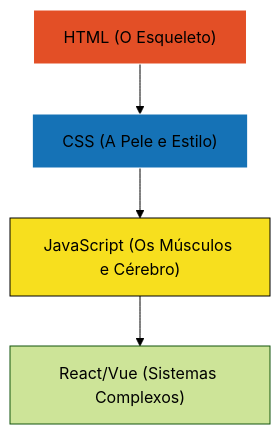
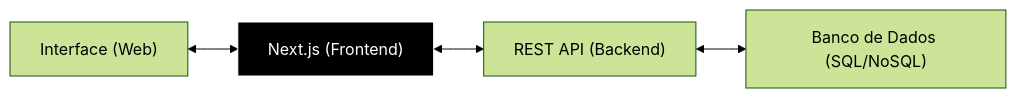
Before and after one commit to Mushyc/WIKI_MATHEUS_TI: the diagram in guias/Guia_Desenvolvimento_Web.md, drawn with Mermaid (forest theme). The commit also changed other lines of this file and 18 other files, not shown here.

````diff
--- a/guias/Guia_Desenvolvimento_Web.md
+++ b/guias/Guia_Desenvolvimento_Web.md
@@ -11,10 +54,8 @@
 ```mermaid
-graph TD
-    HTML["HTML (O Esqueleto)"] --> CSS["CSS (A Pele e Estilo)"]
-    CSS --> JS["JavaScript (Os Músculos e Cérebro)"]
-    JS --> React["React/Vue (Sistemas Complexos)"]
+graph LR
+    User["Interface (Web)"] <--> NextJS["Next.js (Frontend)"]
+    NextJS <--> API["REST API (Backend)"]
+    API <--> DB["Banco de Dados (SQL/NoSQL)"]
     
-    style HTML fill:#e34f26,stroke:#fff
-    style CSS fill:#1572b6,stroke:#fff
-    style JS fill:#f7df1e,stroke:#000
+    style NextJS fill:#000,stroke:#fff,color:#fff
 ```
````
